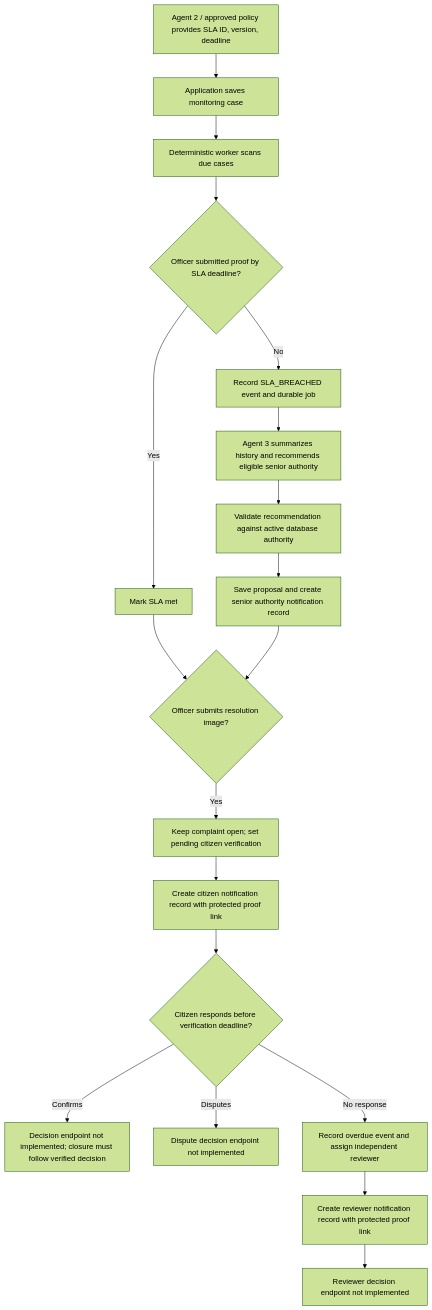
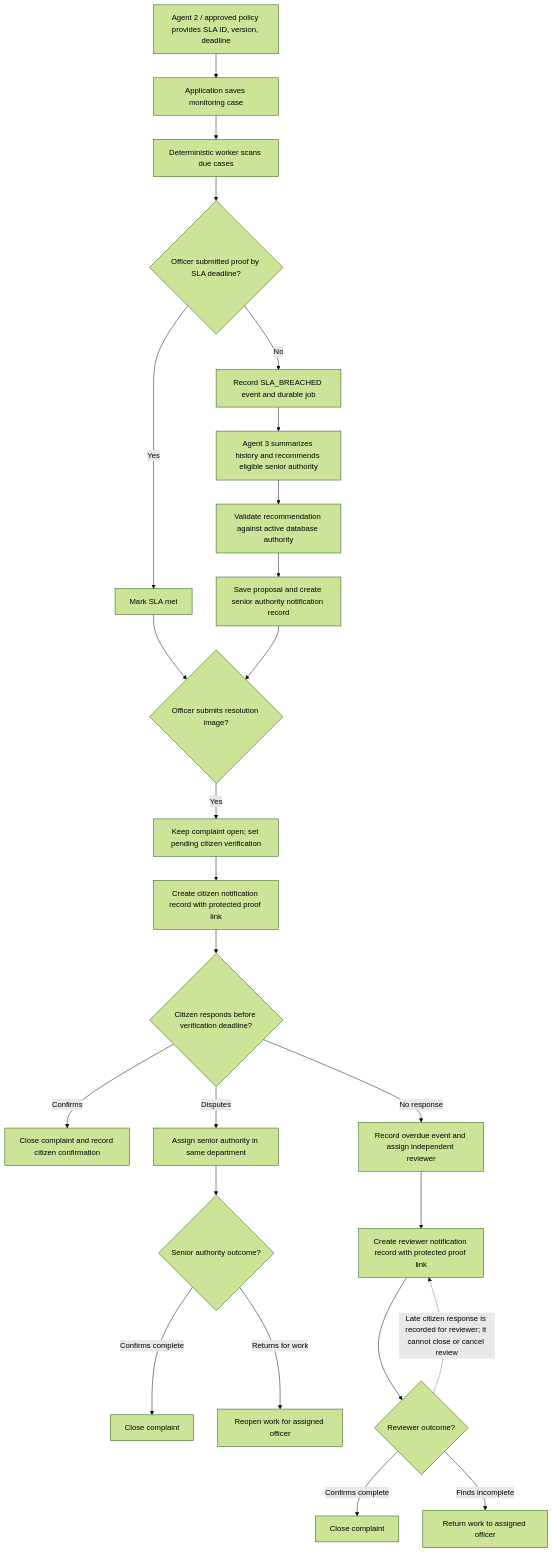
Before and after one commit to rachitkumargupta/SamadhanAi: the diagram in docs/architecture/agent3-monitoring-implementation.md, drawn with Mermaid (forest theme). The commit also changed other lines of this file and 6 other files, not shown here.

Commit message:
Add citizen verification decision flow

````diff
--- a/docs/architecture/agent3-monitoring-implementation.md
+++ b/docs/architecture/agent3-monitoring-implementation.md
@@ -15,21 +15,27 @@
 ```mermaid
 flowchart TD
     A[Agent 2 / approved policy provides SLA ID, version, deadline] --> B[Application saves monitoring case]
     B --> C[Deterministic worker scans due cases]
     C --> D{Officer submitted proof by SLA deadline?}
     D -- Yes --> E[Mark SLA met]
     D -- No --> F[Record SLA_BREACHED event and durable job]
     F --> G[Agent 3 summarizes history and recommends eligible senior authority]
     G --> H[Validate recommendation against active database authority]
     H --> I[Save proposal and create senior authority notification record]
     E --> J{Officer submits resolution image?}
     I --> J
     J -- Yes --> K[Keep complaint open; set pending citizen verification]
     K --> L[Create citizen notification record with protected proof link]
     L --> M{Citizen responds before verification deadline?}
-    M -- Confirms --> N[Decision endpoint not implemented; closure must follow verified decision]
-    M -- Disputes --> O[Dispute decision endpoint not implemented]
+    M -- Confirms --> N[Close complaint and record citizen confirmation]
+    M -- Disputes --> O[Assign senior authority in same department]
+    O --> O2{Senior authority outcome?}
+    O2 -- Confirms complete --> O3[Close complaint]
+    O2 -- Returns for work --> O4[Reopen work for assigned officer]
     M -- No response --> P[Record overdue event and assign independent reviewer]
     P --> Q[Create reviewer notification record with protected proof link]
-    Q --> R[Reviewer decision endpoint not implemented]
+    Q --> R{Reviewer outcome?}
+    R -- Confirms complete --> R1[Close complaint]
+    R -- Finds incomplete --> R2[Return work to assigned officer]
+    R -. Late citizen response is recorded for reviewer; it cannot close or cancel review .-> Q
 ```
````
